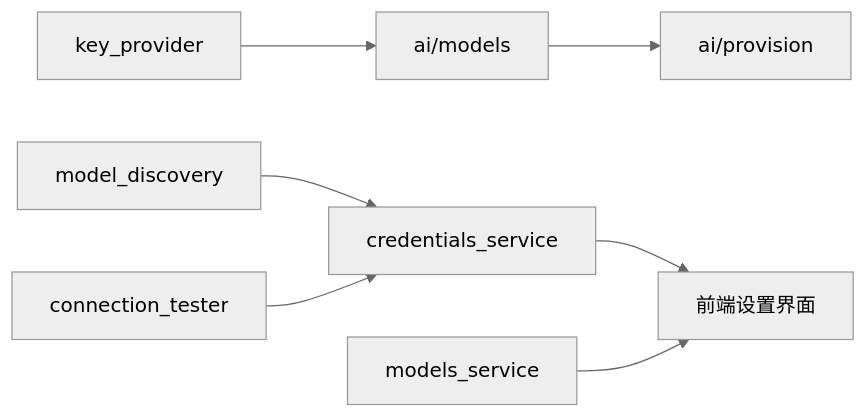
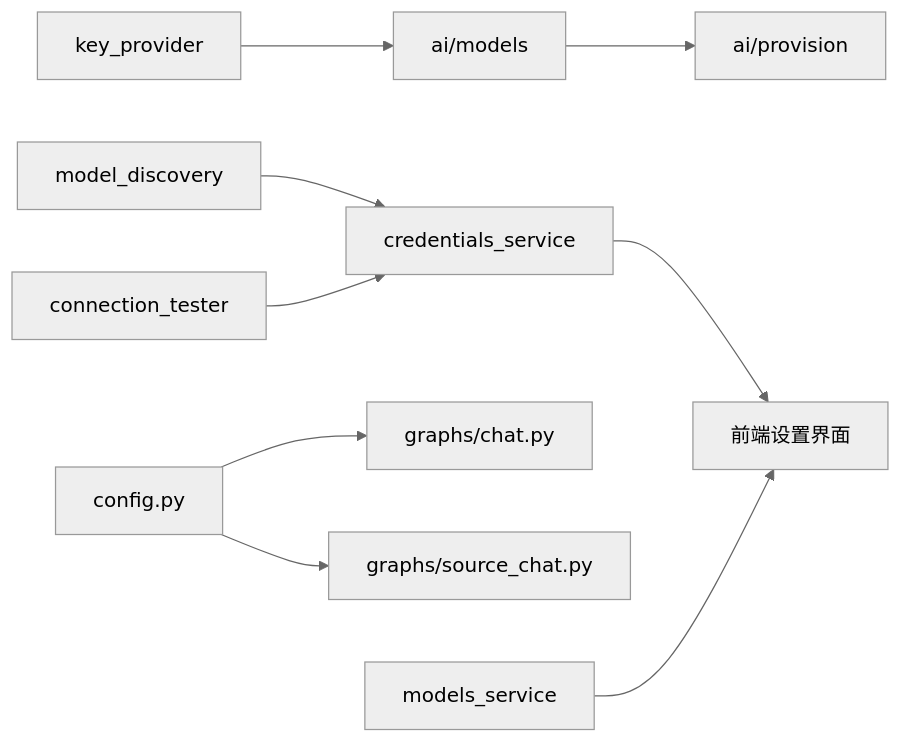
The eighth of 8 diagrams in .qoder/repowiki/zh/content/后端架构/AI服务集成/AI服务集成.md (jackeyunjie/open-notebook), drawn with Mermaid (neutral theme) before and after one commit. The commit also changed other lines of this file and 51 other files, not shown here.

````diff
--- a/.qoder/repowiki/zh/content/后端架构/AI服务集成/AI服务集成.md
+++ b/.qoder/repowiki/zh/content/后端架构/AI服务集成/AI服务集成.md
@@ -378,9 +462,11 @@
 ```mermaid
 graph LR
 KP["key_provider"] --> AM["ai/models"]
 MD["model_discovery"] --> CS["credentials_service"]
 CT["connection_tester"] --> CS
 AM --> PR["ai/provision"]
+CFG["config.py"] --> CHAT["graphs/chat.py"]
+CFG --> SCHAT["graphs/source_chat.py"]
 CS --> FE["前端设置界面"]
 MS["models_service"] --> FE
 ```
````
